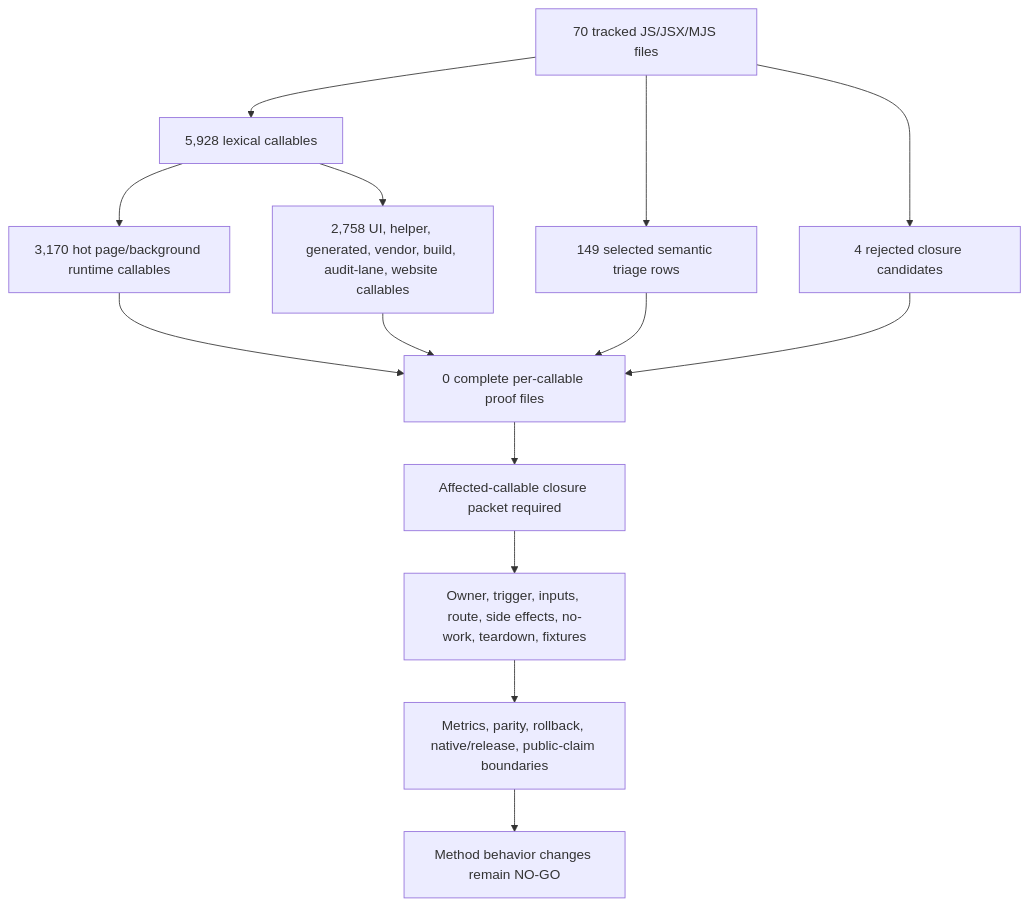
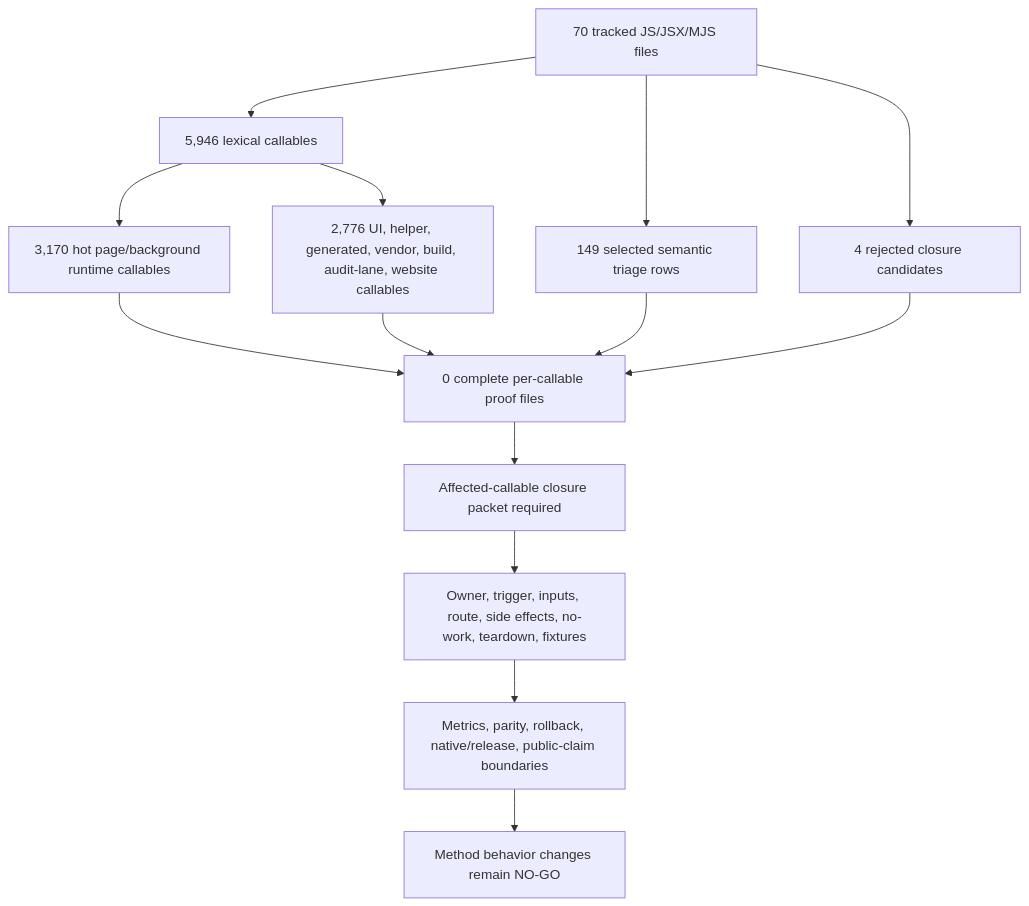
One commit to varshneydevansh/FilterTube changed the first of 2 diagrams in docs/audit/FILTERTUBE_METHOD_SEMANTIC_PROOF_GAP_INDEX_CURRENT_BEHAVIOR_2026-05-25.md. Above: the diagram before and after it, drawn with Mermaid. The commit also changed other lines of this file and 51 other files, not shown here.

````diff
--- a/docs/audit/FILTERTUBE_METHOD_SEMANTIC_PROOF_GAP_INDEX_CURRENT_BEHAVIOR_2026-05-25.md
+++ b/docs/audit/FILTERTUBE_METHOD_SEMANTIC_PROOF_GAP_INDEX_CURRENT_BEHAVIOR_2026-05-25.md
@@ -147,16 +147,16 @@
 ```mermaid
 flowchart TD
-  A["70 tracked JS/JSX/MJS files"] --> B["5,928 lexical callables"]
+  A["70 tracked JS/JSX/MJS files"] --> B["5,946 lexical callables"]
   B --> C["3,170 hot page/background runtime callables"]
-  B --> D["2,758 UI, helper, generated, vendor, build, audit-lane, website callables"]
+  B --> D["2,776 UI, helper, generated, vendor, build, audit-lane, website callables"]
   A --> E["149 selected semantic triage rows"]
   A --> F["4 rejected closure candidates"]
   C --> G["0 complete per-callable proof files"]
   D --> G
   E --> G
   F --> G
   G --> H["Affected-callable closure packet required"]
   H --> I["Owner, trigger, inputs, route, side effects, no-work, teardown, fixtures"]
   I --> J["Metrics, parity, rollback, native/release, public-claim boundaries"]
   J --> K["Method behavior changes remain NO-GO"]
 ```
````
